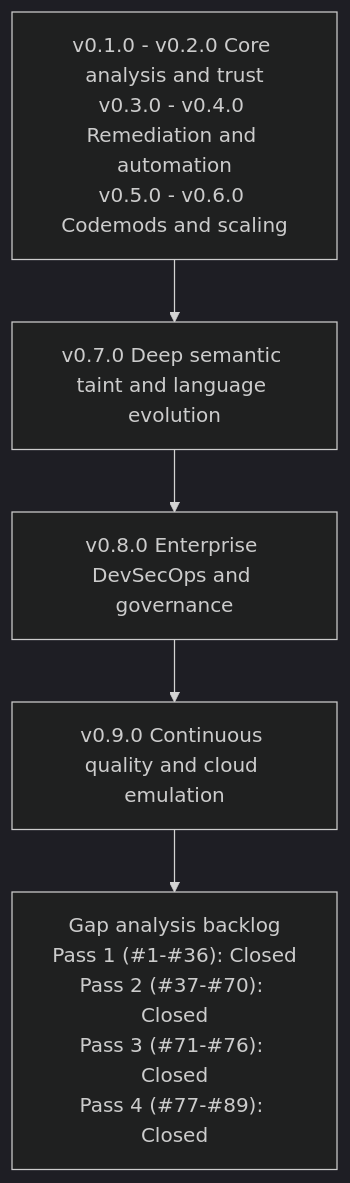
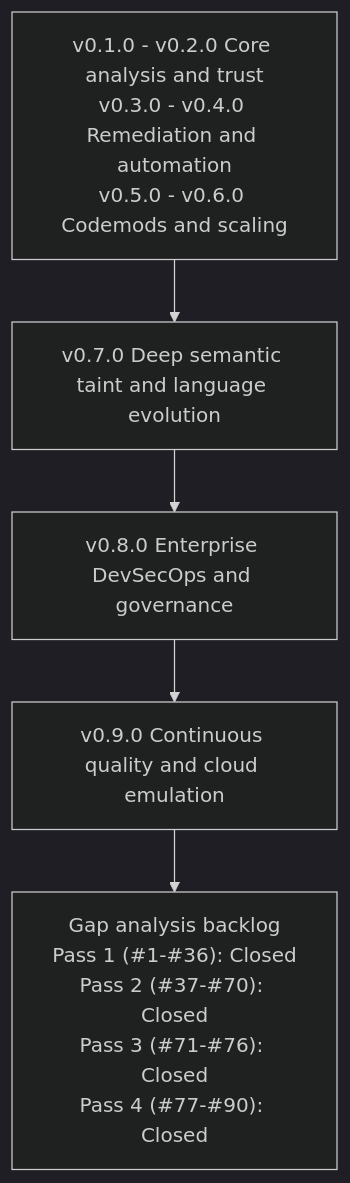
The diagram in docs/ROADMAP.md (23skdu/terraform_ast), drawn with Mermaid (dark theme) before and after one commit. The commit also changed other lines of this file and 9 other files, not shown here.

````diff
--- a/docs/ROADMAP.md
+++ b/docs/ROADMAP.md
@@ -9,7 +9,7 @@
 ```mermaid
 flowchart TD
     A["v0.1.0 - v0.2.0 Core analysis and trust<br/>v0.3.0 - v0.4.0 Remediation and automation<br/>v0.5.0 - v0.6.0 Codemods and scaling"] --> B["v0.7.0 Deep semantic taint and language evolution"]
     B --> C["v0.8.0 Enterprise DevSecOps and governance"]
     C --> D["v0.9.0 Continuous quality and cloud emulation"]
-    D --> E["Gap analysis backlog<br/>Pass 1 (#1-#36): Closed<br/>Pass 2 (#37-#70): Closed<br/>Pass 3 (#71-#76): Closed<br/>Pass 4 (#77-#89): Closed"]
+    D --> E["Gap analysis backlog<br/>Pass 1 (#1-#36): Closed<br/>Pass 2 (#37-#70): Closed<br/>Pass 3 (#71-#76): Closed<br/>Pass 4 (#77-#90): Closed"]
 ```
````
